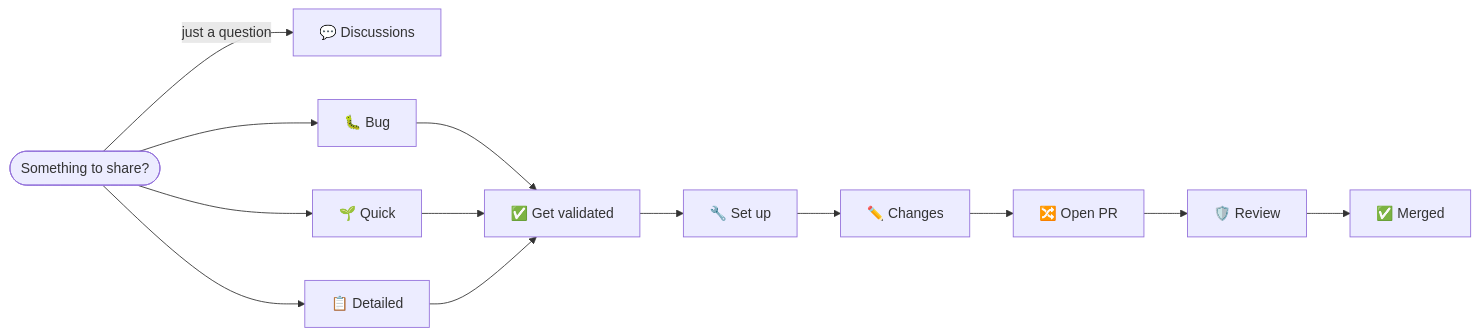
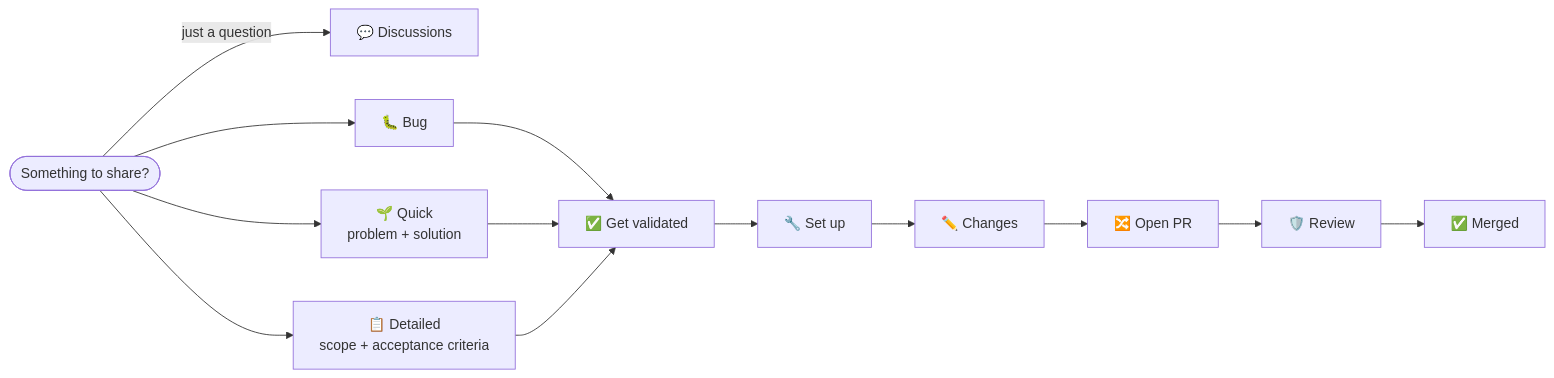
The diagram in CONTRIBUTING.md (ai-driven-dev/aidd-framework), drawn with Mermaid before and after one commit. The commit also changed other lines of this file, not shown here.

First line of the commit message:
docs(framework): distinguish Quick vs Detailed in the diagram

````diff
--- a/CONTRIBUTING.md
+++ b/CONTRIBUTING.md
@@ -7,11 +7,11 @@
 ```mermaid
 flowchart LR
     Start(["Something to share?"]) -->|"just a question"| Discussion["💬 Discussions"]
     Start --> Bug["🐛 Bug"]
-    Start --> Quick["🌱 Quick"]
-    Start --> Detailed["📋 Detailed"]
+    Start --> Quick["🌱 Quick<br/>problem + solution"]
+    Start --> Detailed["📋 Detailed<br/>scope + acceptance criteria"]
     Bug --> Validate["✅ Get validated"]
     Quick --> Validate
     Detailed --> Validate
     Validate --> Setup["🔧 Set up"] --> Changes["✏️ Changes"] --> PR["🔀 Open PR"] --> Review["🛡️ Review"] --> Merge["✅ Merged"]
 ```
````
